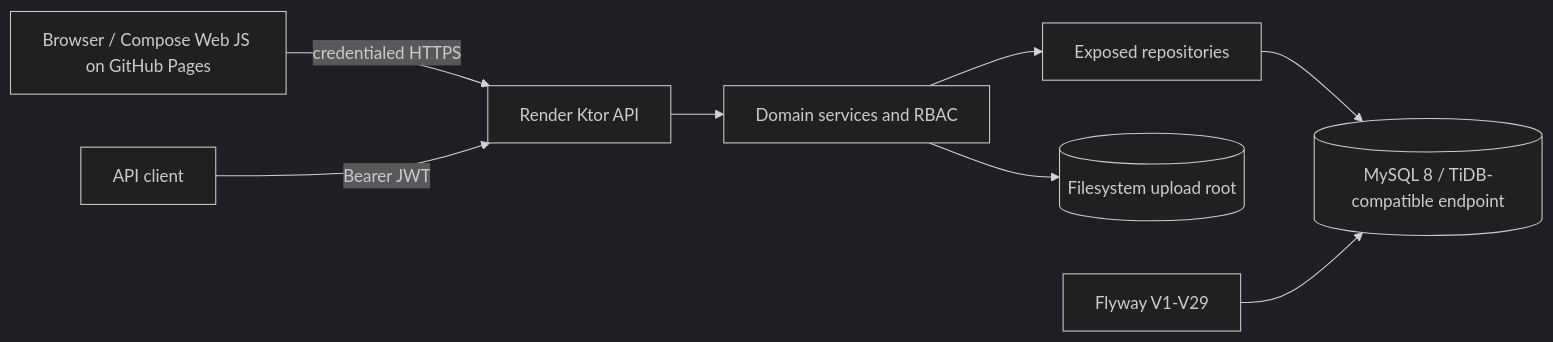
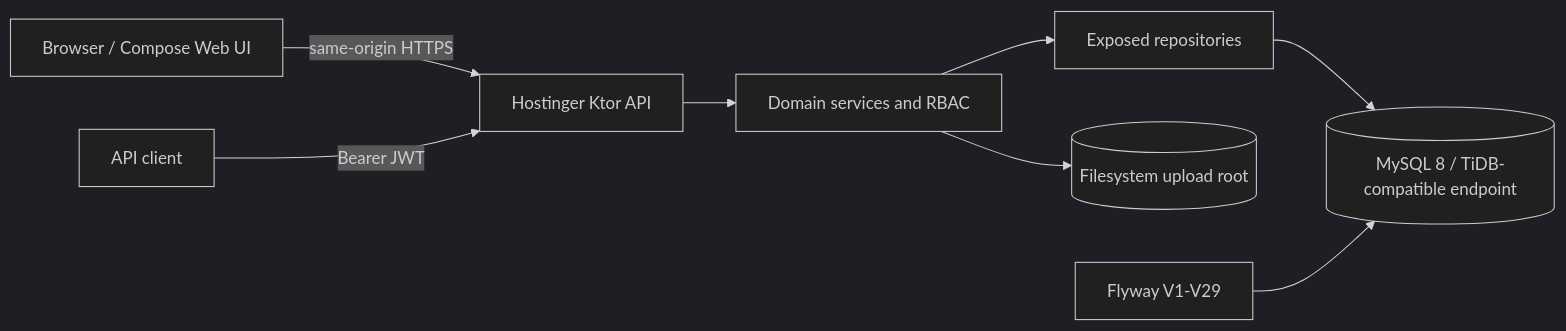
The diagram in documentation/ARCHITECTURE.md (Karatanov/oms), drawn with Mermaid (dark theme) before and after one commit. The commit also changed other lines of this file and 17 other files, not shown here.

````diff
--- a/documentation/ARCHITECTURE.md
+++ b/documentation/ARCHITECTURE.md
@@ -5,10 +5,10 @@
 ```mermaid
 flowchart LR
-    Browser[Browser / Compose Web JS on GitHub Pages] -->|credentialed HTTPS| Ktor[Render Ktor API]
+    Browser[Browser / Compose Web UI] -->|same-origin HTTPS| Ktor[Hostinger Ktor API]
     ApiClient[API client] -->|Bearer JWT| Ktor
     Ktor --> Services[Domain services and RBAC]
     Services --> Repositories[Exposed repositories]
     Repositories --> MySQL[(MySQL 8 / TiDB-compatible endpoint)]
     Services --> Files[(Filesystem upload root)]
     Flyway[Flyway V1-V29] --> MySQL
 ```
````
